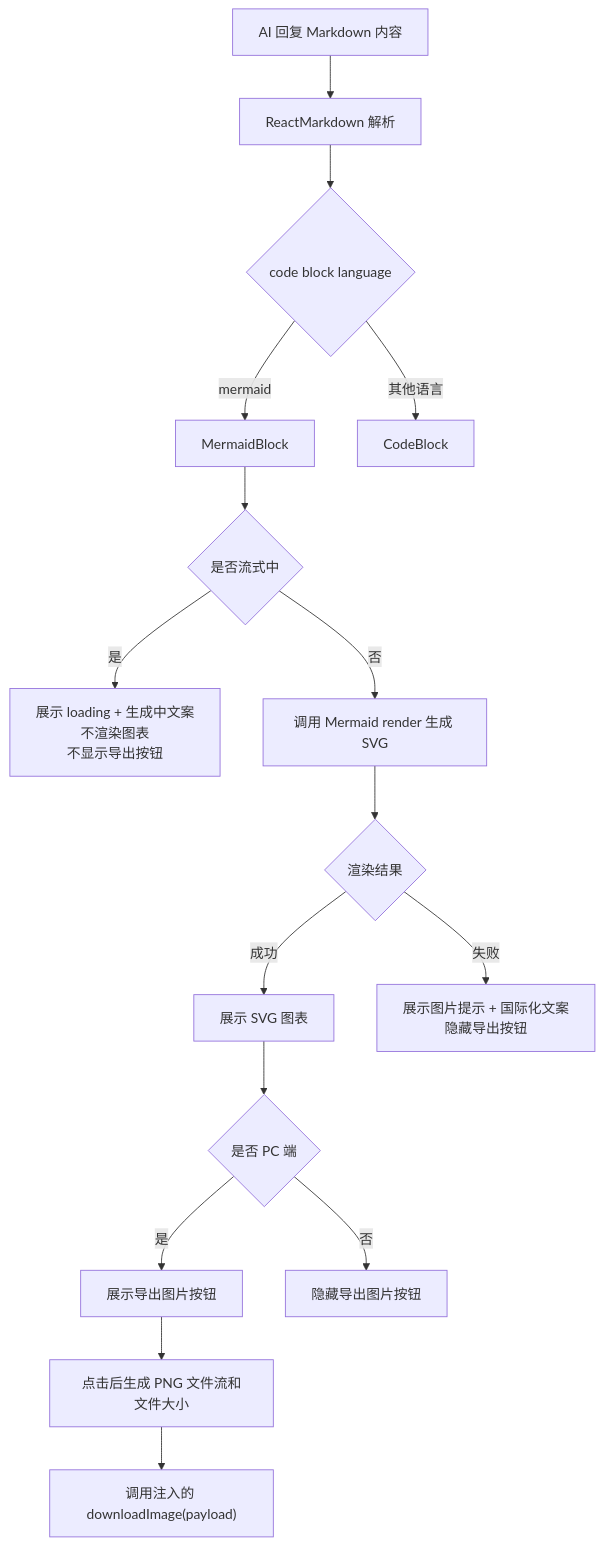
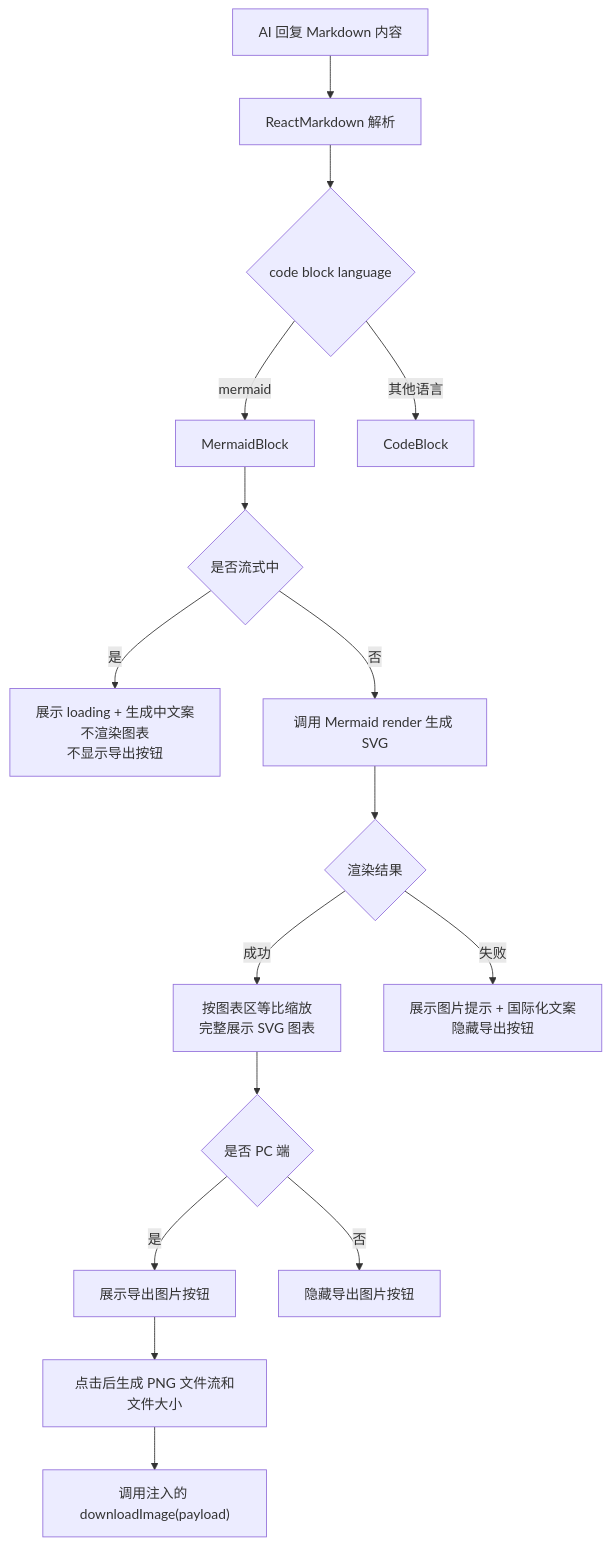
Before and after one commit to hehu321/skillSDK: the first of 3 diagrams in ai-chat-viewer/docs/2026-06-03-mermaid-markdown-render-export-design.md, drawn with Mermaid. The commit also changed other lines of this file, not shown here.

````diff
--- a/ai-chat-viewer/docs/2026-06-03-mermaid-markdown-render-export-design.md
+++ b/ai-chat-viewer/docs/2026-06-03-mermaid-markdown-render-export-design.md
@@ -60,18 +61,18 @@
 ```mermaid
 flowchart TD
     A["AI 回复 Markdown 内容"] --> B["ReactMarkdown 解析"]
     B --> C{"code block language"}
     C -->|"mermaid"| D["MermaidBlock"]
     C -->|"其他语言"| E["CodeBlock"]
     D --> F{"是否流式中"}
     F -->|"是"| G["展示 loading + 生成中文案<br/>不渲染图表<br/>不显示导出按钮"]
     F -->|"否"| H["调用 Mermaid render 生成 SVG"]
     H --> I{"渲染结果"}
-    I -->|"成功"| J["展示 SVG 图表"]
+    I -->|"成功"| J["按图表区等比缩放<br/>完整展示 SVG 图表"]
     I -->|"失败"| K["展示图片提示 + 国际化文案<br/>隐藏导出按钮"]
     J --> O{"是否 PC 端"}
     O -->|"是"| L["展示导出图片按钮"]
     O -->|"否"| P["隐藏导出图片按钮"]
     L --> M["点击后生成 PNG 文件流和文件大小"]
     M --> N["调用注入的 downloadImage(payload)"]
 ```
````
